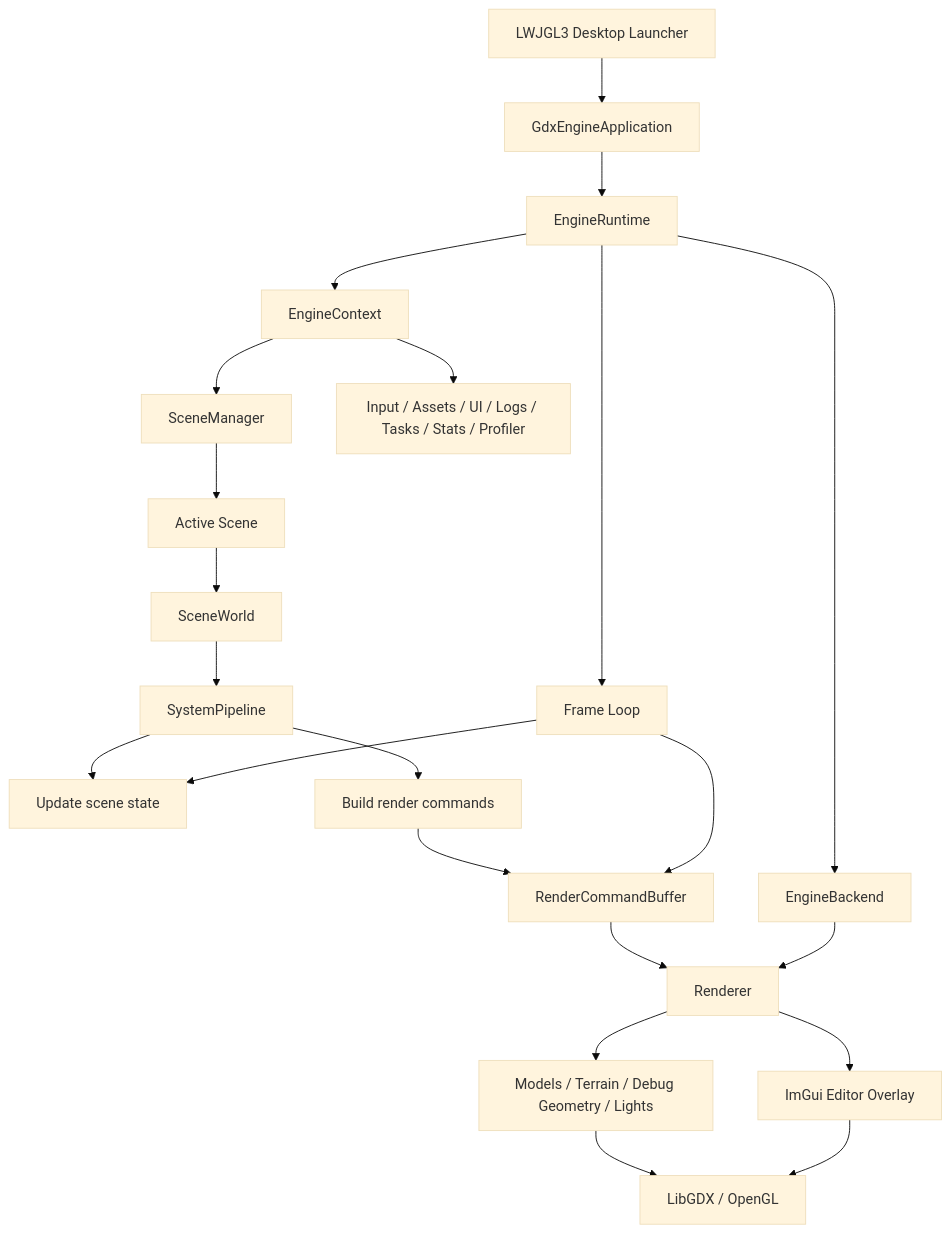
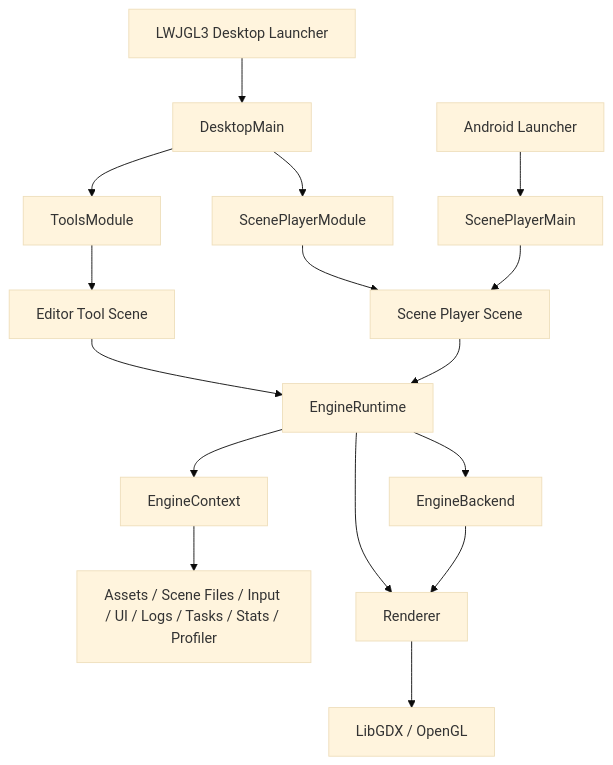
One commit to Dmytro-Pashko/KRender changed the diagram in README.md. Above: the diagram before and after it, drawn with Mermaid (base theme). The commit also changed other lines of this file and 49 other files, not shown here.

Commit message:
Updated README.md Updated docs and screenshots Reworked structure to move Scene Player out of core packages, updated Readme.MD to move Tools description to separate MD file.

````diff
--- a/README.md
+++ b/README.md
@@ -103,30 +97,21 @@
 ```mermaid
 flowchart TD
-    Launcher["LWJGL3 Desktop Launcher"] --> App["GdxEngineApplication"]
-    App --> Runtime["EngineRuntime"]
+    Desktop["LWJGL3 Desktop Launcher"] --> DesktopMain["DesktopMain"]
+    DesktopMain --> ToolsModule["ToolsModule"]
+    DesktopMain --> ScenePlayerModule["ScenePlayerModule"]
+    Android["Android Launcher"] --> ScenePlayerMain["ScenePlayerMain"]
+
+    ToolsModule --> ToolScene["Editor Tool Scene"]
+    ScenePlayerModule --> PlayerScene["Scene Player Scene"]
+    ScenePlayerMain --> PlayerScene
+
+    ToolScene --> Runtime["EngineRuntime"]
+    PlayerScene --> Runtime
 
     Runtime --> Context["EngineContext"]
     Runtime --> Backend["EngineBackend"]
-
-    Context --> Scenes["SceneManager"]
-    Context --> Services["Input / Assets / UI / Logs / Tasks / Stats / Profiler"]
-
-    Scenes --> Scene["Active Scene"]
-    Scene --> World["SceneWorld"]
-    World --> Systems["SystemPipeline"]
-
-    Systems --> Update["Update scene state"]
-    Systems --> RenderPrep["Build render commands"]
-    RenderPrep --> Commands["RenderCommandBuffer"]
-
-    Runtime --> Frame["Frame Loop"]
-    Frame --> Update
-    Frame --> Commands
-    Commands --> Renderer["Renderer"]
-
+    Context --> Services["Assets / Scene Files / Input / UI / Logs / Tasks / Stats / Profiler"]
+    Runtime --> Renderer["Renderer"]
     Backend --> Renderer
-    Renderer --> Draw3D["Models / Terrain / Debug Geometry / Lights"]
-    Renderer --> DrawUI["ImGui Editor Overlay"]
-    Draw3D --> Gdx["LibGDX / OpenGL"]
-    DrawUI --> Gdx
+    Renderer --> Gdx["LibGDX / OpenGL"]
 ```
````
